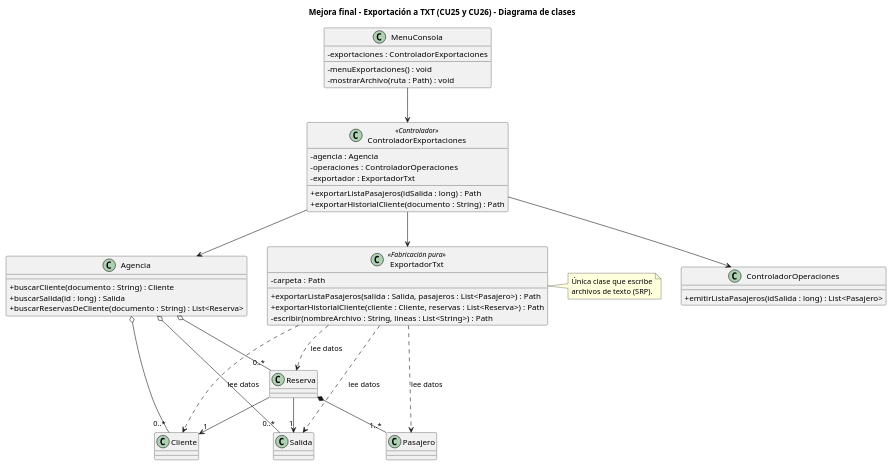
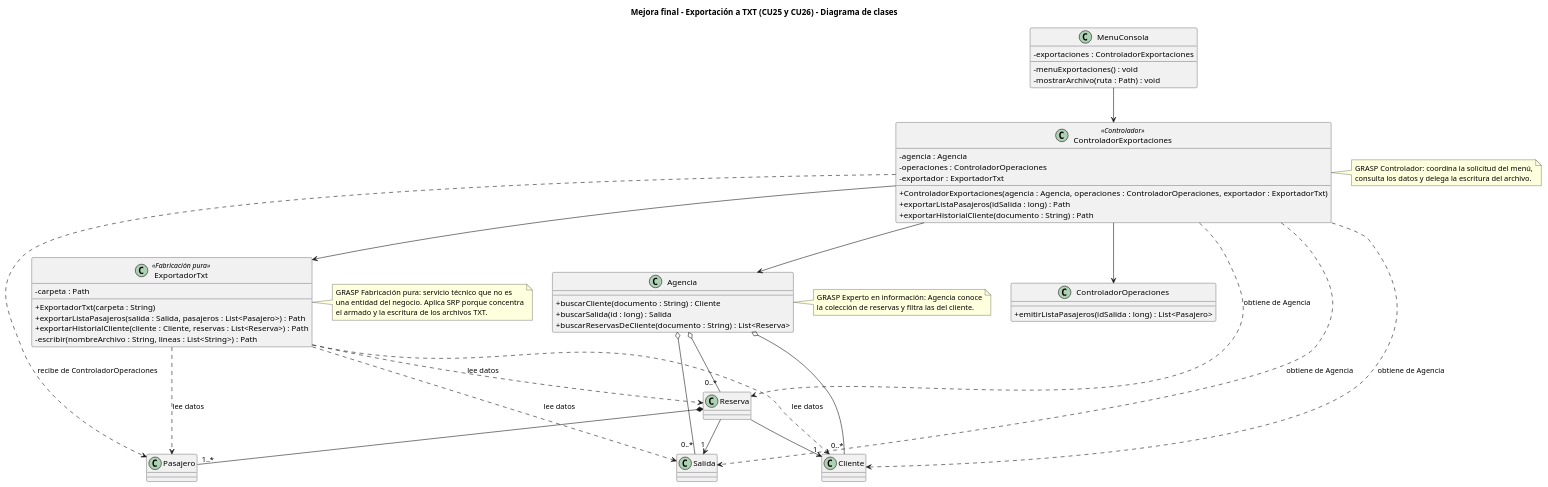
The diagram in docs/uml/06-clases-mejora-final.puml (CarlosDanielOK/Avion), drawn with PlantUML before and after one commit. The commit also changed 3 other files, not shown here.

Commit message:
diagrama uml mejora

```diff
--- a/docs/uml/06-clases-mejora-final.puml
+++ b/docs/uml/06-clases-mejora-final.puml
@@ -1,60 +1,77 @@
 @startuml 06-clases-mejora-final
 title Mejora final - Exportación a TXT (CU25 y CU26) - Diagrama de clases
 skinparam classAttributeIconSize 0
 
 class MenuConsola {
   - exportaciones : ControladorExportaciones
   - menuExportaciones() : void
   - mostrarArchivo(ruta : Path) : void
 }
 
 class ControladorExportaciones <<Controlador>> {
   - agencia : Agencia
   - operaciones : ControladorOperaciones
   - exportador : ExportadorTxt
+  + ControladorExportaciones(agencia : Agencia, operaciones : ControladorOperaciones, exportador : ExportadorTxt)
   + exportarListaPasajeros(idSalida : long) : Path
   + exportarHistorialCliente(documento : String) : Path
 }
 
 class ExportadorTxt <<Fabricación pura>> {
   - carpeta : Path
+  + ExportadorTxt(carpeta : String)
   + exportarListaPasajeros(salida : Salida, pasajeros : List<Pasajero>) : Path
   + exportarHistorialCliente(cliente : Cliente, reservas : List<Reserva>) : Path
   - escribir(nombreArchivo : String, lineas : List<String>) : Path
 }
 
 class ControladorOperaciones {
   + emitirListaPasajeros(idSalida : long) : List<Pasajero>
 }
 
 class Agencia {
   + buscarCliente(documento : String) : Cliente
   + buscarSalida(id : long) : Salida
   + buscarReservasDeCliente(documento : String) : List<Reserva>
 }
 
 class Salida
 class Cliente
 class Reserva
 class Pasajero
 
 MenuConsola --> ControladorExportaciones
 ControladorExportaciones --> Agencia
 ControladorExportaciones --> ControladorOperaciones
 ControladorExportaciones --> ExportadorTxt
+ControladorExportaciones ..> Salida : obtiene de Agencia
+ControladorExportaciones ..> Cliente : obtiene de Agencia
+ControladorExportaciones ..> Pasajero : recibe de ControladorOperaciones
+ControladorExportaciones ..> Reserva : obtiene de Agencia
 ExportadorTxt ..> Salida : lee datos
 ExportadorTxt ..> Cliente : lee datos
 ExportadorTxt ..> Reserva : lee datos
 ExportadorTxt ..> Pasajero : lee datos
 Agencia o-- "0..*" Cliente
 Agencia o-- "0..*" Salida
 Agencia o-- "0..*" Reserva
 Reserva --> "1" Cliente
 Reserva --> "1" Salida
 Reserva *-- "1..*" Pasajero
 
+note right of Agencia
+  GRASP Experto en información: Agencia conoce
+  la colección de reservas y filtra las del cliente.
+end note
+
+note right of ControladorExportaciones
+  GRASP Controlador: coordina la solicitud del menú,
+  consulta los datos y delega la escritura del archivo.
+end note
+
 note right of ExportadorTxt
-  Única clase que escribe
-  archivos de texto (SRP).
+  GRASP Fabricación pura: servicio técnico que no es
+  una entidad del negocio. Aplica SRP porque concentra
+  el armado y la escritura de los archivos TXT.
 end note
 @enduml
```
